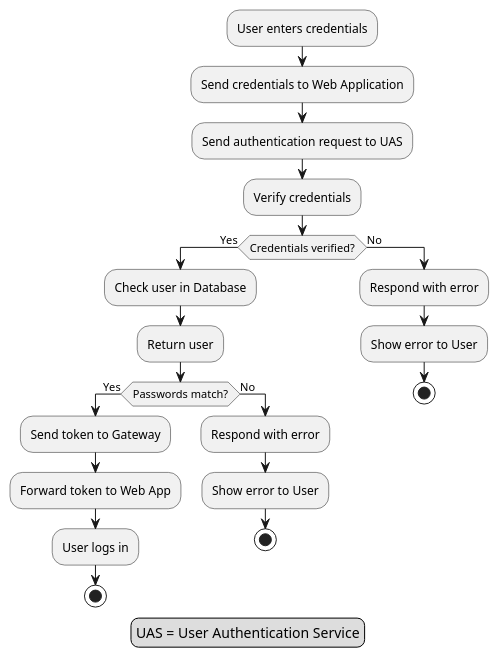
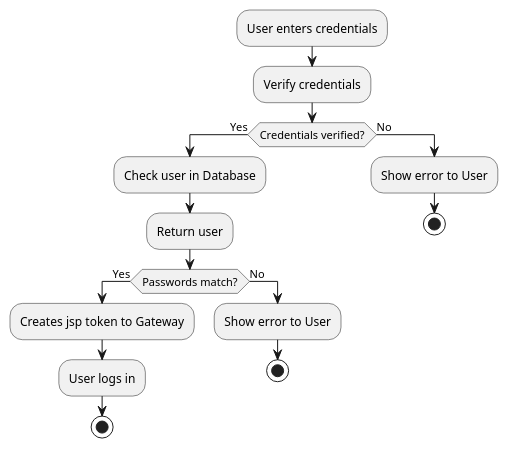
One commit to Arquisoft/wichat_en2b changed the second of 3 diagrams in docs/src/06_runtime_view.adoc. Above: the diagram before and after it, drawn with PlantUML. The commit also changed other lines of this file, not shown here.

Commit message:
#140 - Reviewed runtime (also simplified diagrams)

```diff
--- a/docs/src/06_runtime_view.adoc
+++ b/docs/src/06_runtime_view.adoc
@@ -65,31 +54,22 @@
 [plantuml,"Login diagram",png]
 ----
 :User enters credentials;
-:Send credentials to Web Application;
-:Send authentication request to UAS;
 :Verify credentials;
 
 if (Credentials verified?) then (Yes)
     :Check user in Database;
     :Return user;
 
     if (Passwords match?) then (Yes)
-        :Send token to Gateway;
-        :Forward token to Web App;
+        :Creates jsp token to Gateway;
         :User logs in;
         stop
     else (No)
-        :Respond with error;
         :Show error to User;
         stop
     endif
 else (No)
-    :Respond with error;
     :Show error to User;
     stop
 endif
-
-legend
-UAS = User Authentication Service
-end legend
 ----
```
